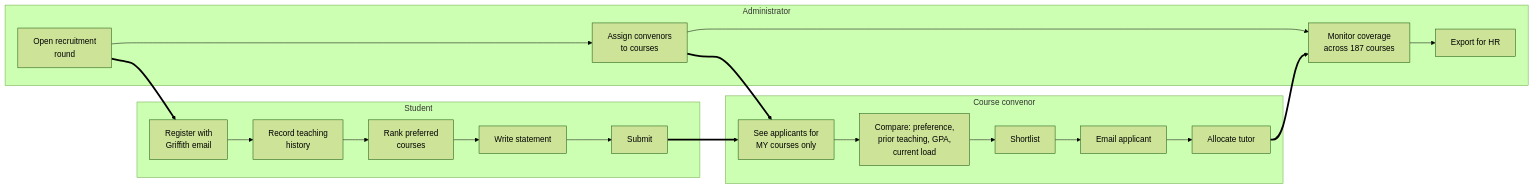
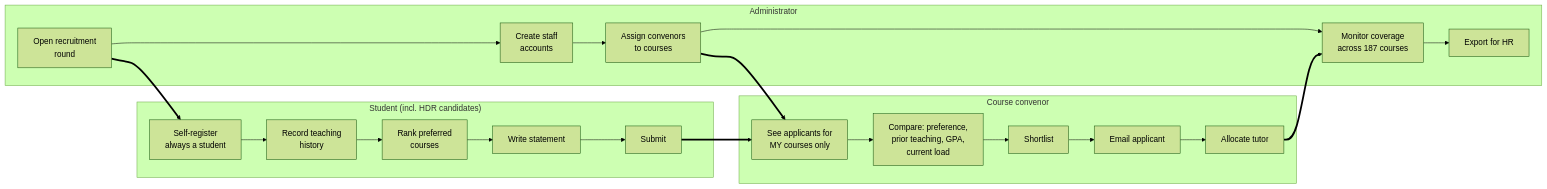
The second of 5 diagrams in docs/ARCHITECTURE.md (WWEISONG/griffith-ict-casual-academic), drawn with Mermaid (forest theme) before and after one commit. The commit also changed other lines of this file and 7 other files, not shown here.

````diff
--- a/docs/ARCHITECTURE.md
+++ b/docs/ARCHITECTURE.md
@@ -82,19 +82,19 @@
 ```mermaid
 flowchart LR
-    subgraph student["Student"]
-        s1["Register with<br/>Griffith email"] --> s2["Record teaching<br/>history"] --> s3["Rank preferred<br/>courses"] --> s4["Write statement"] --> s5["Submit"]
+    subgraph student["Student (incl. HDR candidates)"]
+        s1["Self-register<br/>always a student"] --> s2["Record teaching<br/>history"] --> s3["Rank preferred<br/>courses"] --> s4["Write statement"] --> s5["Submit"]
     end
 
     subgraph convenor["Course convenor"]
         c1["See applicants for<br/>MY courses only"] --> c2["Compare: preference,<br/>prior teaching, GPA,<br/>current load"] --> c3["Shortlist"] --> c4["Email applicant"] --> c5["Allocate tutor"]
     end
 
     subgraph admin["Administrator"]
-        a1["Open recruitment<br/>round"] --> a2["Assign convenors<br/>to courses"] --> a3["Monitor coverage<br/>across 187 courses"] --> a4["Export for HR"]
+        a1["Open recruitment<br/>round"] --> a0["Create staff<br/>accounts"] --> a2["Assign convenors<br/>to courses"] --> a3["Monitor coverage<br/>across 187 courses"] --> a4["Export for HR"]
     end
 
     s5 ==> c1
     a1 ==> s1
     a2 ==> c1
     c5 ==> a3
 ```
````
